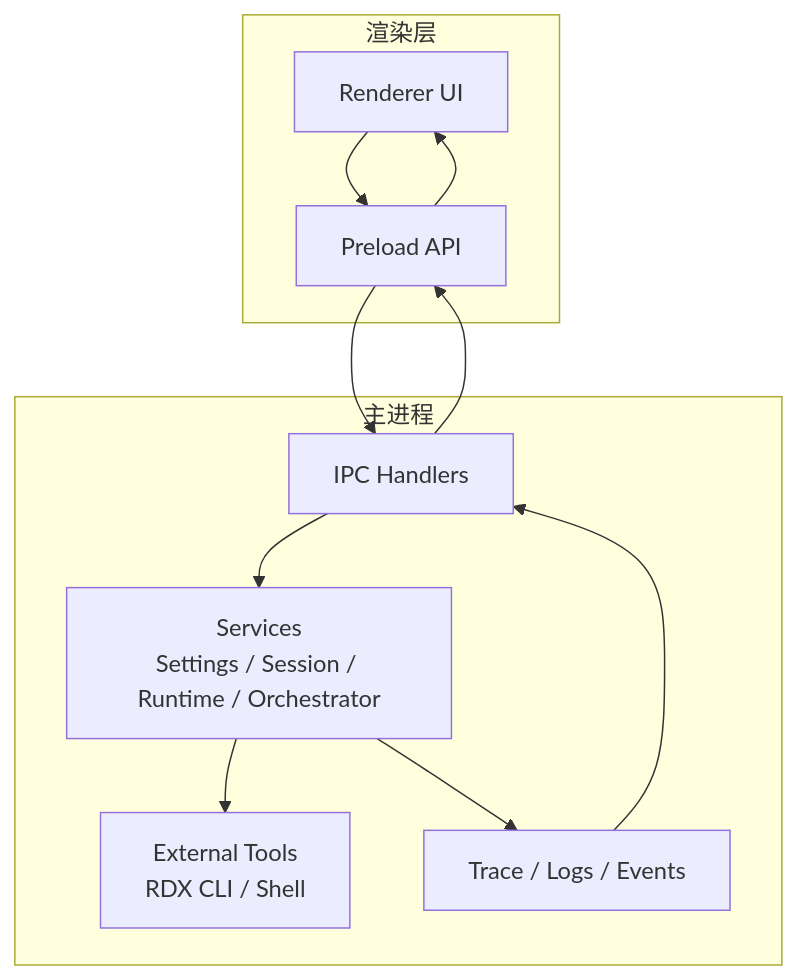
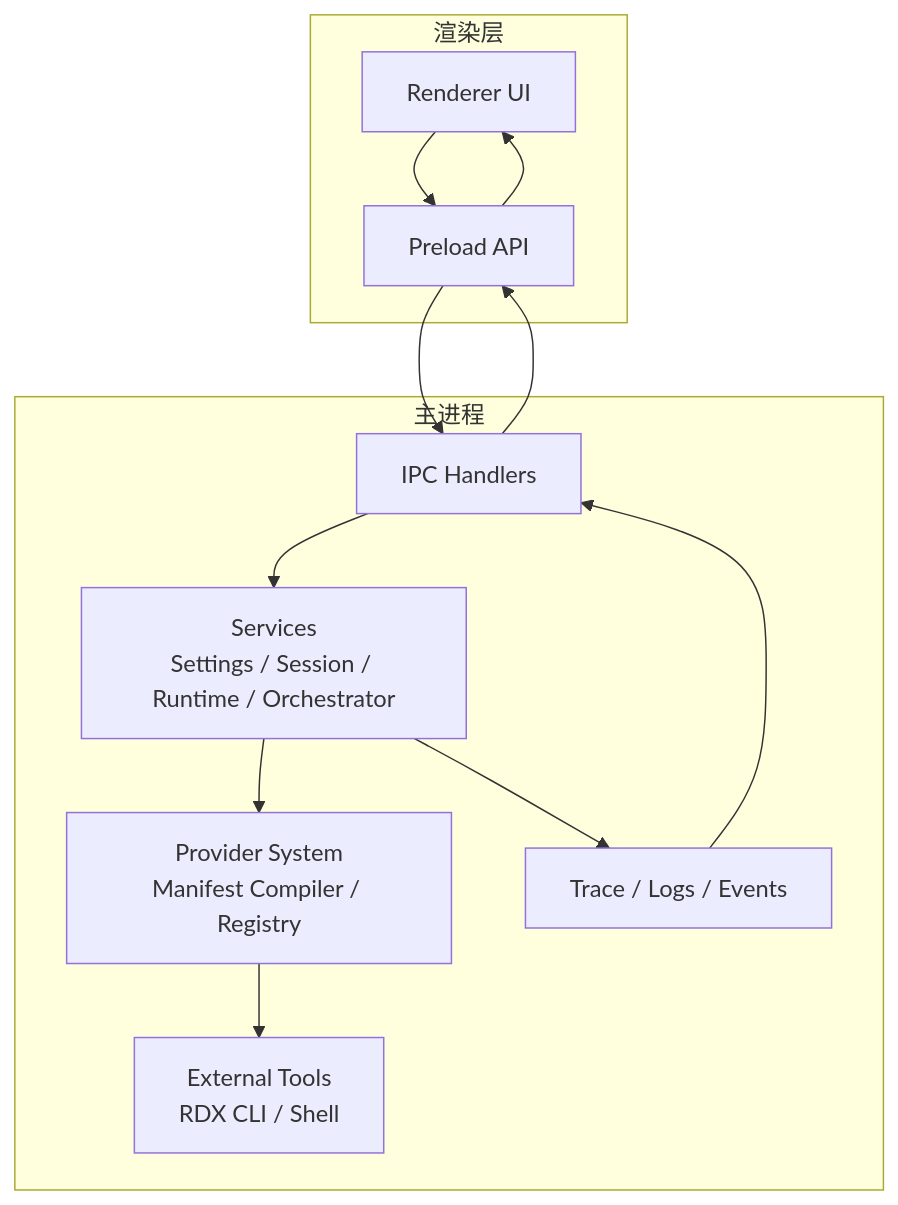
The first of 10 diagrams in .qoder/repowiki/zh/content/架构设计/架构设计.md (haolange/RDC-Agent), drawn with Mermaid before and after one commit. The commit also changed other lines of this file and 12 other files, not shown here.

````diff
--- a/.qoder/repowiki/zh/content/架构设计/架构设计.md
+++ b/.qoder/repowiki/zh/content/架构设计/架构设计.md
@@ -47,16 +62,17 @@
 ```mermaid
 graph TB
 subgraph "渲染层"
 R["Renderer UI"]
 P["Preload API"]
 end
 subgraph "主进程"
 H["IPC Handlers"]
 Svc["Services<br/>Settings / Session / Runtime / Orchestrator"]
+Prov["Provider System<br/>Manifest Compiler / Registry"]
 Ext["External Tools<br/>RDX CLI / Shell"]
 Obs["Trace / Logs / Events"]
 end
-R --> P --> H --> Svc --> Ext
+R --> P --> H --> Svc --> Prov --> Ext
 Svc --> Obs
 Obs --> H --> P --> R
 ```
````
